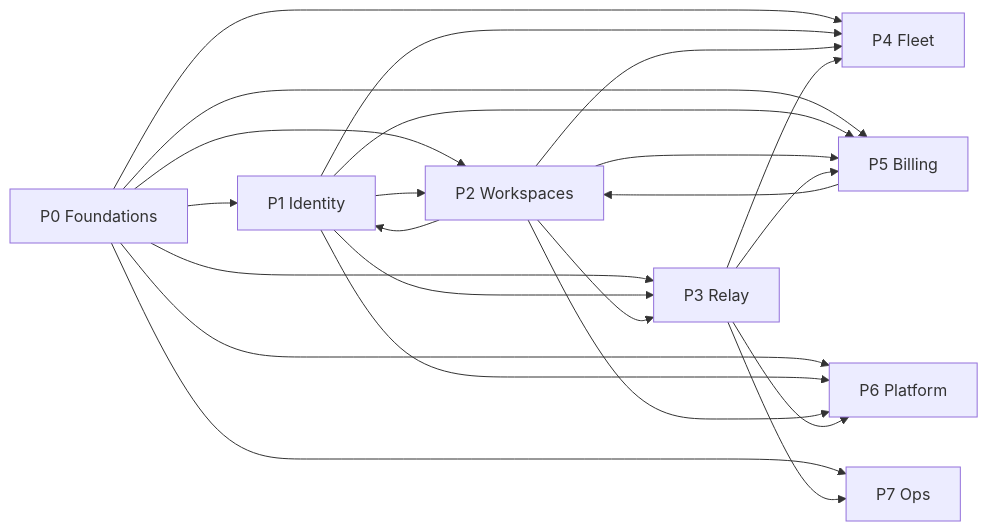
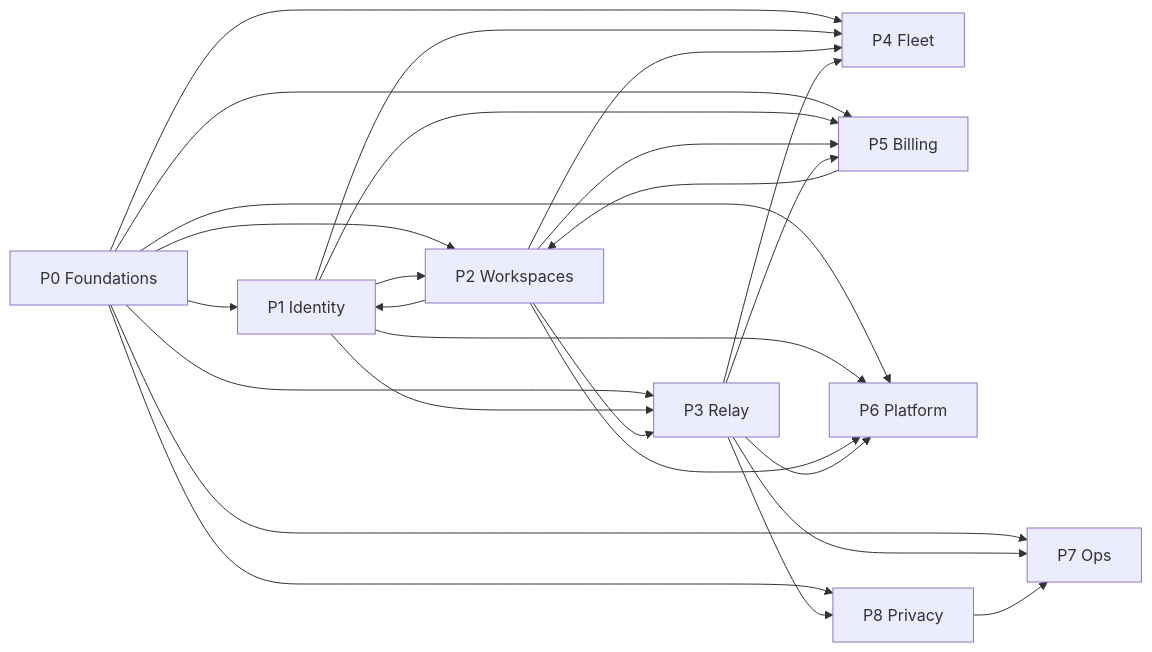
The first of 2 diagrams in plan/GRAPH.md (Caffeine-Driven-LLC/Centcom-backend), drawn with Mermaid before and after one commit. The commit also changed other lines of this file and 121 other files, not shown here.

````diff
--- a/plan/GRAPH.md
+++ b/plan/GRAPH.md
@@ -29,33 +30,37 @@
 ```mermaid
 flowchart LR
   P0["P0 Foundations"]
   P1["P1 Identity"]
   P2["P2 Workspaces"]
   P3["P3 Relay"]
   P4["P4 Fleet"]
   P5["P5 Billing"]
   P6["P6 Platform"]
   P7["P7 Ops"]
+  P8["P8 Privacy"]
   P0 --> P1
   P0 --> P2
   P0 --> P3
   P0 --> P4
   P0 --> P5
   P0 --> P6
   P0 --> P7
+  P0 --> P8
   P1 --> P2
   P1 --> P3
   P1 --> P4
   P1 --> P5
   P1 --> P6
   P2 --> P1
   P2 --> P3
   P2 --> P4
   P2 --> P5
   P2 --> P6
   P3 --> P4
   P3 --> P5
   P3 --> P6
   P3 --> P7
+  P3 --> P8
   P5 --> P2
+  P8 --> P7
 ```
````
